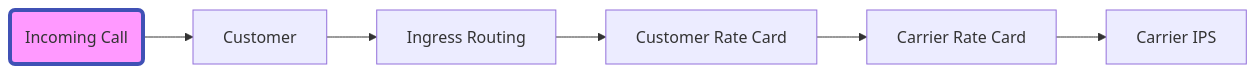
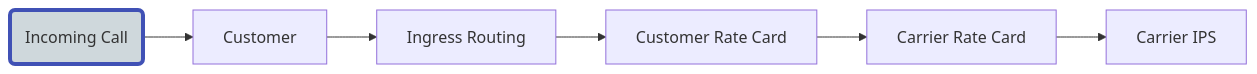
Before and after one commit to connexcs/docs: the diagram in docs/routing.md, drawn with Mermaid.

Commit message:
Update routing.md
testing mermaid

````diff
--- a/docs/routing.md
+++ b/docs/routing.md
@@ -4,9 +4,9 @@
 ```mermaid
 graph LR
     A(Incoming Call) --> B[Customer]
-    style A fill:#f9f,stroke:#4051b5,stroke-width:4px
+    style A fill:#CFD8DC,stroke:#4051b5,stroke-width:4px
     B --> C[Ingress Routing]
     C --> D[Customer Rate Card]
     D --> E[Carrier Rate Card]
     E --> F[Carrier IPS]
 ```
````
